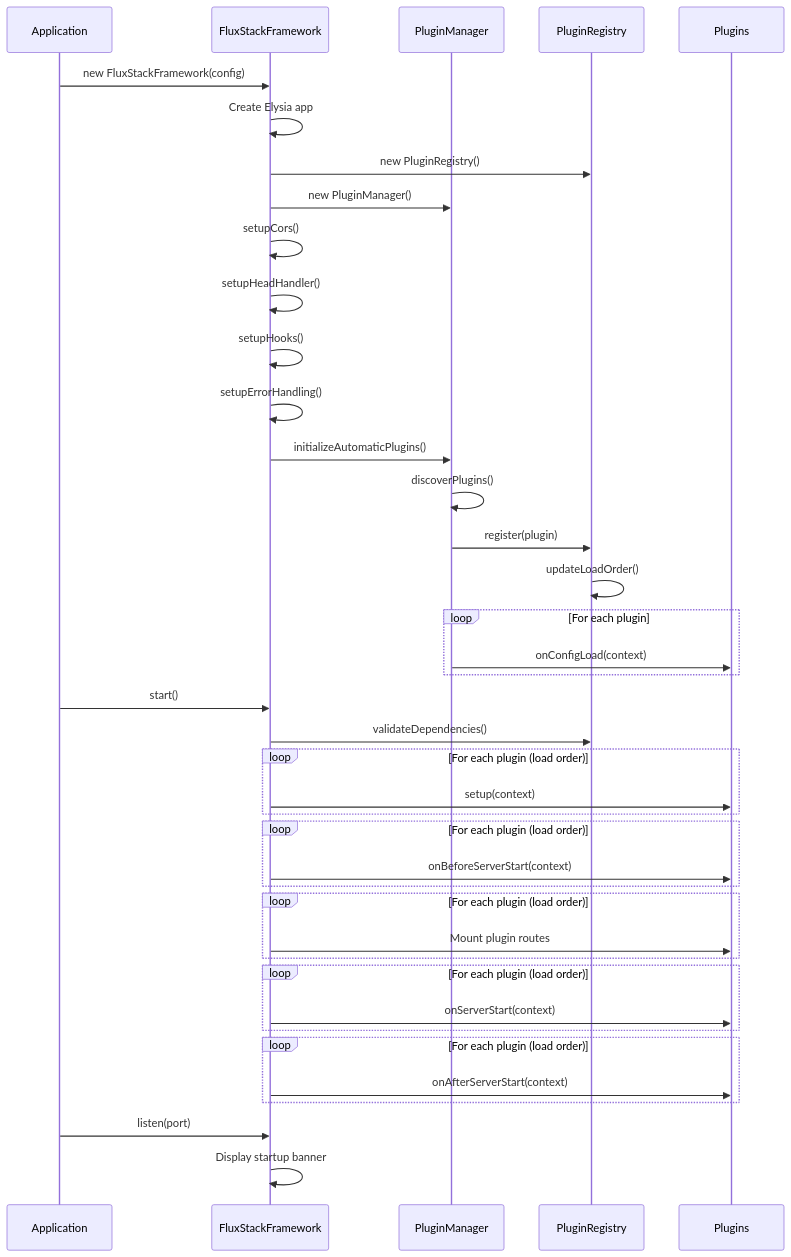
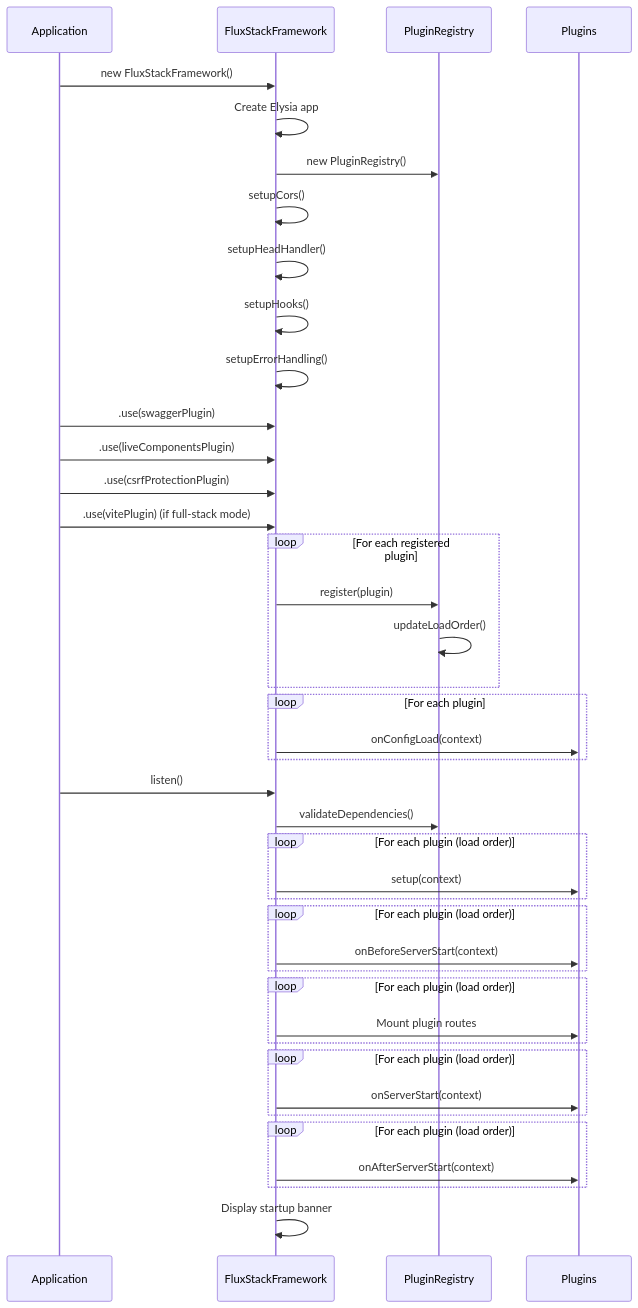
Before and after one commit to FluxStackCore/FluxStack: the first of 3 diagrams in LLMD/core/framework-lifecycle.md, drawn with Mermaid. The commit also changed other lines of this file and 28 other files, not shown here.

````diff
--- a/LLMD/core/framework-lifecycle.md
+++ b/LLMD/core/framework-lifecycle.md
@@ -15,45 +15,47 @@
 ```mermaid
 sequenceDiagram
     participant App as Application
     participant FW as FluxStackFramework
-    participant PM as PluginManager
     participant PR as PluginRegistry
     participant Plugins as Plugins
 
-    App->>FW: new FluxStackFramework(config)
+    App->>FW: new FluxStackFramework()
     FW->>FW: Create Elysia app
     FW->>PR: new PluginRegistry()
-    FW->>PM: new PluginManager()
     FW->>FW: setupCors()
     FW->>FW: setupHeadHandler()
     FW->>FW: setupHooks()
     FW->>FW: setupErrorHandling()
-    FW->>PM: initializeAutomaticPlugins()
-    PM->>PM: discoverPlugins()
-    PM->>PR: register(plugin)
-    PR->>PR: updateLoadOrder()
+
+    App->>FW: .use(swaggerPlugin)
+    App->>FW: .use(liveComponentsPlugin)
+    App->>FW: .use(csrfProtectionPlugin)
+    App->>FW: .use(vitePlugin) (if full-stack mode)
+    loop For each registered plugin
+        FW->>PR: register(plugin)
+        PR->>PR: updateLoadOrder()
+    end
     loop For each plugin
-        PM->>Plugins: onConfigLoad(context)
+        FW->>Plugins: onConfigLoad(context)
     end
     
-    App->>FW: start()
+    App->>FW: listen()
     FW->>PR: validateDependencies()
     loop For each plugin (load order)
         FW->>Plugins: setup(context)
     end
     loop For each plugin (load order)
         FW->>Plugins: onBeforeServerStart(context)
     end
     loop For each plugin (load order)
         FW->>Plugins: Mount plugin routes
     end
     loop For each plugin (load order)
         FW->>Plugins: onServerStart(context)
     end
     loop For each plugin (load order)
         FW->>Plugins: onAfterServerStart(context)
     end
     
-    App->>FW: listen(port)
     FW->>FW: Display startup banner
 ```
````
